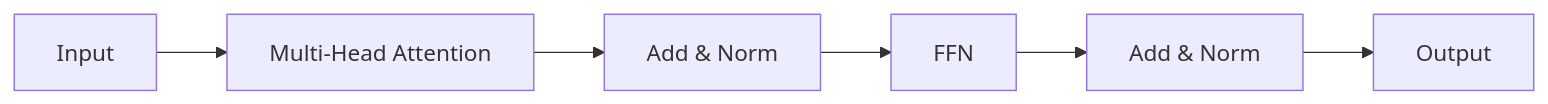
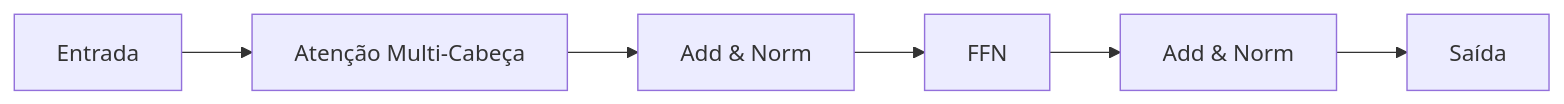
The diagram in i18n/pt-BR/docusaurus-plugin-content-docs/current/transformers/index.md (EmersonBraun/ai-summary-hub), drawn with Mermaid before and after one commit. The commit also changed other lines of this file and 384 other files, not shown here.

````diff
--- a/i18n/pt-BR/docusaurus-plugin-content-docs/current/transformers/index.md
+++ b/i18n/pt-BR/docusaurus-plugin-content-docs/current/transformers/index.md
@@ -23,8 +23,8 @@
 ```mermaid
 flowchart LR
-  A[Input] --> B[Multi-Head Attention]
+  A[Entrada] --> B[Atenção Multi-Cabeça]
   B --> C[Add & Norm]
   C --> D[FFN]
   D --> E[Add & Norm]
-  E --> F[Output]
+  E --> F[Saída]
 ```
````
